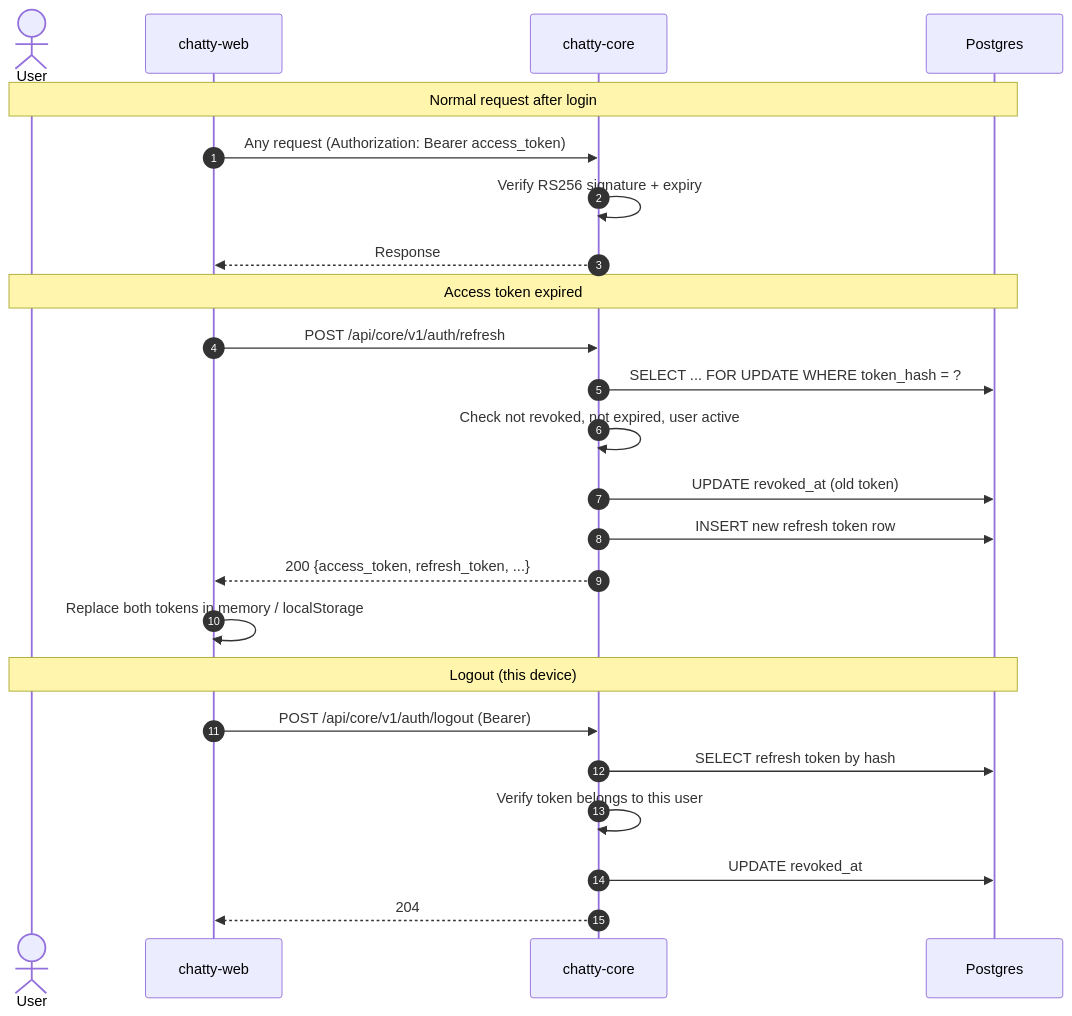
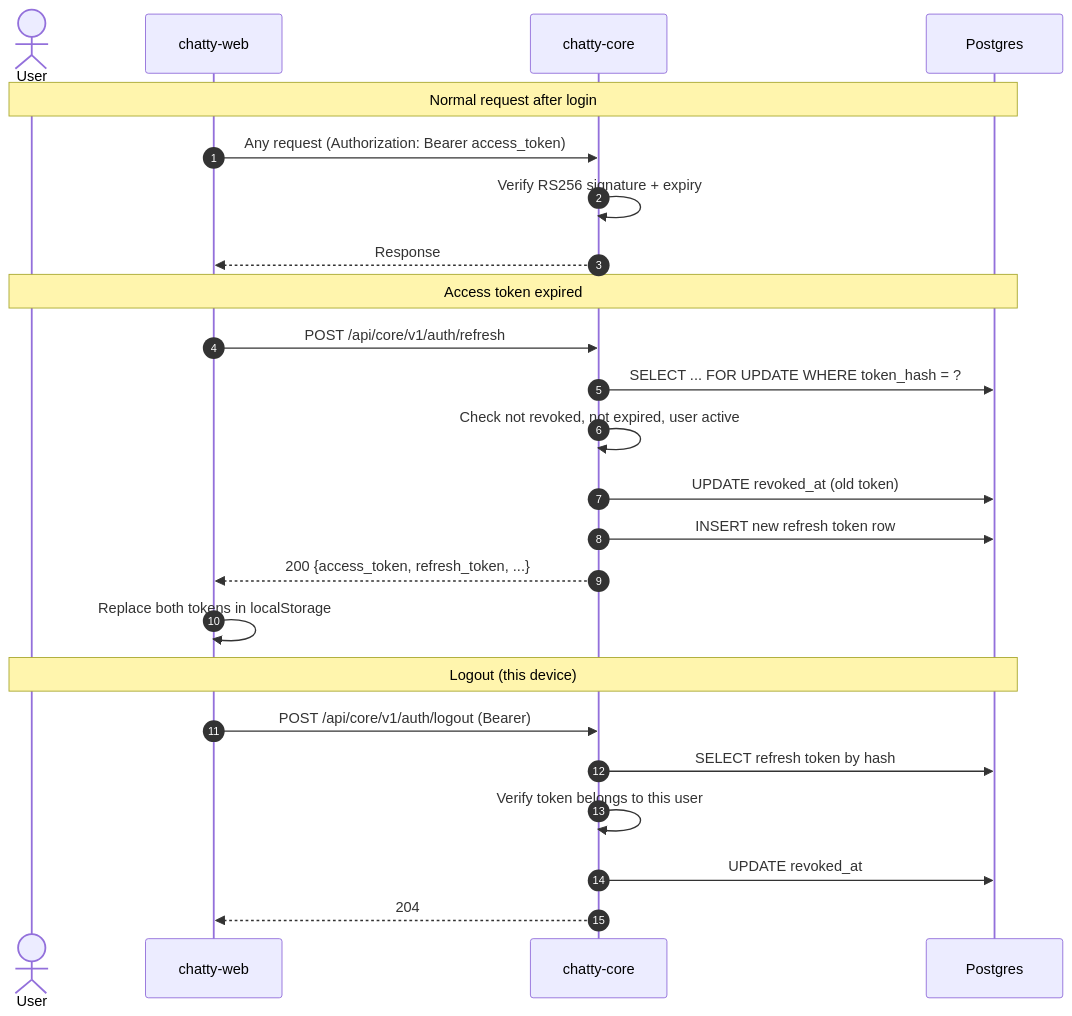
One commit to Chatty4/chatty-docs changed the diagram in architecture/flows/refresh-and-logout.md. Above: the diagram before and after it, drawn with Mermaid. The commit also changed other lines of this file and 1 other file, not shown here.

Commit message:
CHAT-273: say both tokens are in localStorage and how tabs share them

````diff
--- a/architecture/flows/refresh-and-logout.md
+++ b/architecture/flows/refresh-and-logout.md
@@ -9,29 +9,29 @@
 ```mermaid
 sequenceDiagram
     autonumber
     actor U as User
     participant W as chatty-web
     participant C as chatty-core
     participant DB as Postgres
 
     Note over U,DB: Normal request after login
     W->>C: Any request (Authorization: Bearer access_token)
     C->>C: Verify RS256 signature + expiry
     C-->>W: Response
 
     Note over U,DB: Access token expired
     W->>C: POST /api/core/v1/auth/refresh
     C->>DB: SELECT ... FOR UPDATE WHERE token_hash = ?
     C->>C: Check not revoked, not expired, user active
     C->>DB: UPDATE revoked_at (old token)
     C->>DB: INSERT new refresh token row
     C-->>W: 200 {access_token, refresh_token, ...}
-    W->>W: Replace both tokens in memory / localStorage
+    W->>W: Replace both tokens in localStorage
 
     Note over U,DB: Logout (this device)
     W->>C: POST /api/core/v1/auth/logout (Bearer)
     C->>DB: SELECT refresh token by hash
     C->>C: Verify token belongs to this user
     C->>DB: UPDATE revoked_at
     C-->>W: 204
 ```
````
